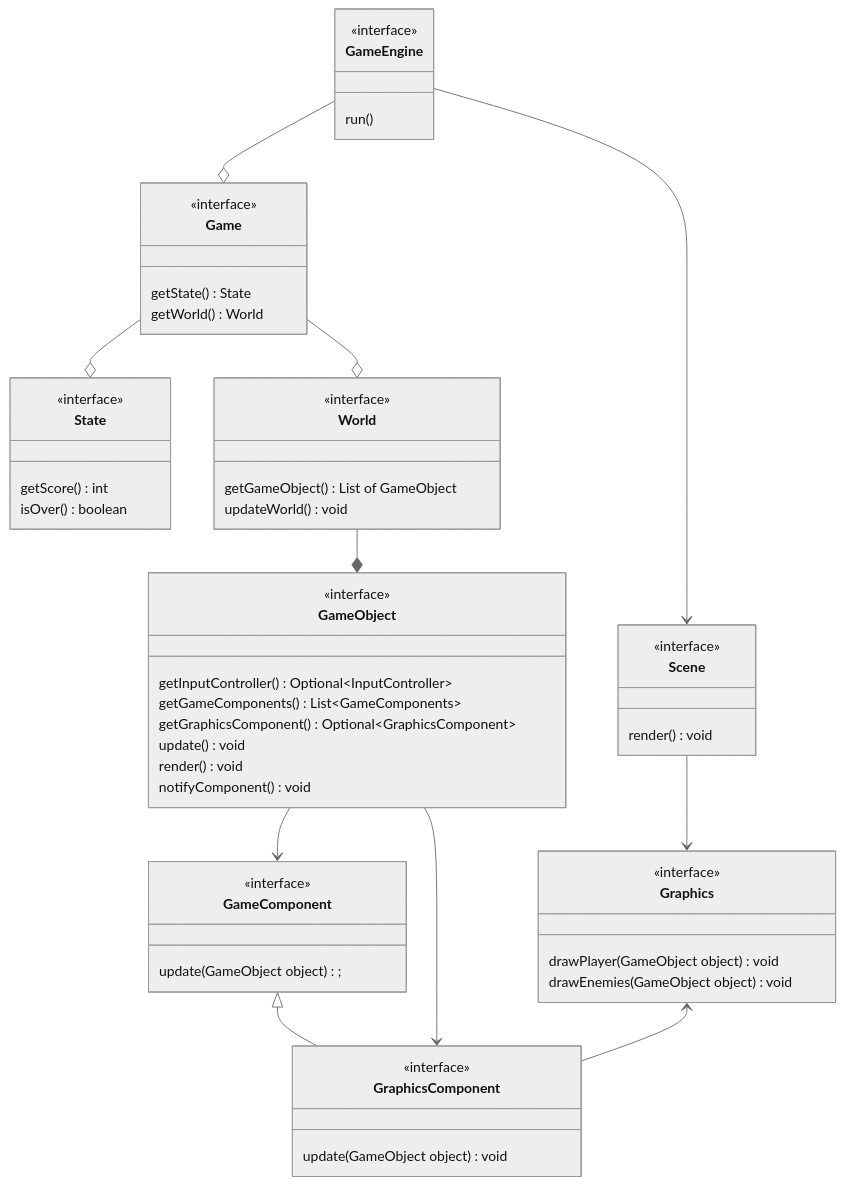
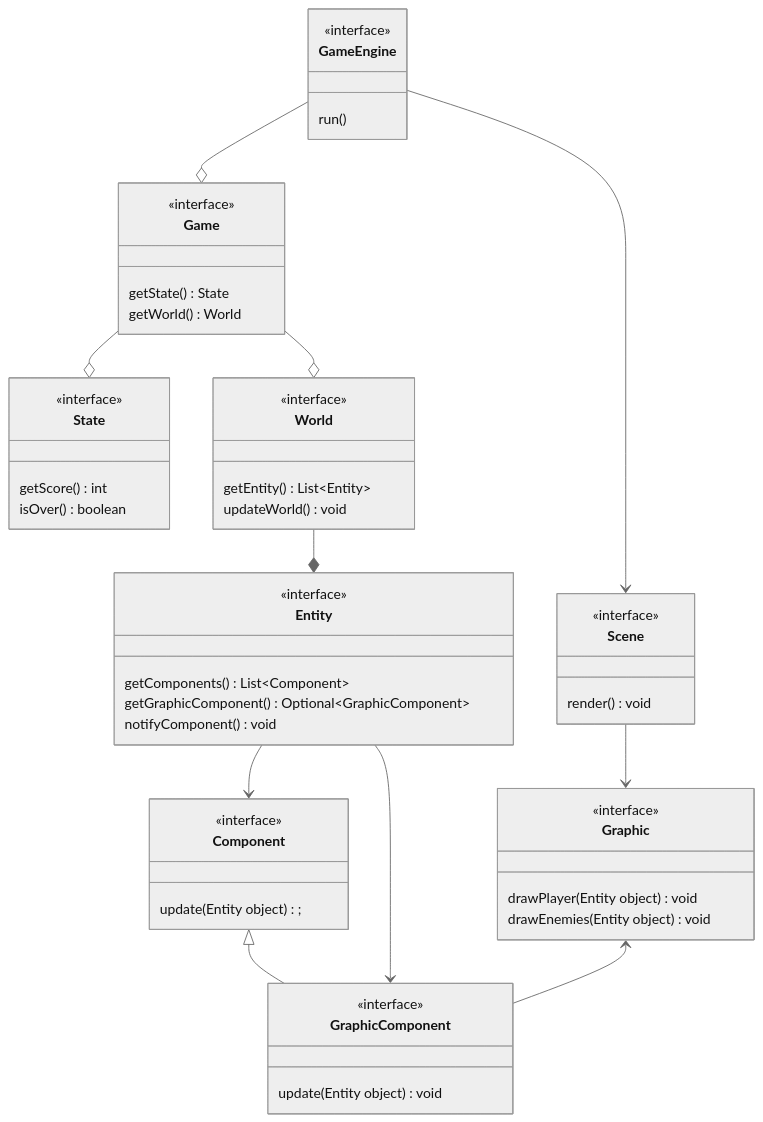
Before and after one commit to nicolodaddabbo/OOP22-t2s-game: the diagram in report/diagram/SoftwareArchtectureUML.md, drawn with Mermaid (neutral theme).

Commit message:
[REPORT] Modified diagram SoftwareArchitectureUML.md: changed names and deleted update from Entity

````diff
--- a/report/diagram/SoftwareArchtectureUML.md
+++ b/report/diagram/SoftwareArchtectureUML.md
@@ -1,76 +1,68 @@
 ```mermaid
 classDiagram
 
 GameEngine --o Game 
 GameEngine --> Scene
 Game --o  State
 Game --o World
-World --* GameObject
-GameObject --> GameComponent
-GameComponent <|-- GraphicsComponent
-Scene --> Graphics
-GraphicsComponent <-- GameObject
-Graphics <-- GraphicsComponent
+World --* Entity
+Entity --> Component
+Component <|-- GraphicComponent
+Scene --> Graphic
+GraphicComponent <-- Entity
+Graphic <-- GraphicComponent
 
 %% Rapresenting the MVC's "Model"
-%% Every thing in the model is a GameObject
-class GameObject{
+%% Every thing in the model is a Entity
+class Entity{
     <<interface>>
-    getInputController() Optional~InputController~
-    getGameComponents() List~GameComponents~
-    getGraphicsComponent() Optional~GraphicsComponent~
-    update() void
-    render() void
+    getComponents() List~Component~
+    getGraphicComponent() Optional~GraphicComponent~
     notifyComponent() void
-
 }
 %%
-class GameComponent{
+class Component{
     <<interface>>
-    update(GameObject object);
+    update(Entity object);
 }
 %%
-%%
-class GraphicsComponent{
+class GraphicComponent{
     <<interface>>
-    update(GameObject object) void
+    update(Entity object) void
 }
-%%
 %% Rapresenting the MVC's "Controller"
 class GameEngine{
     <<interface>>
     run() 
 }
 %% Rapresenting the current game of the player
 class Game{
     <<interface>>
     getState() State
     getWorld() World
 }
 %% State of a Game
 class State{
     <<interface>>
     getScore() int
     isOver() boolean
 }
-%% Basically a "Container" for all GameObjects
+%% Basically a "Container" for all Entitys
 class World{
     <<interface>>
-    getGameObject() List of GameObject
+    getEntity() List~Entity~
     updateWorld() void
 }
 %% Rapresenting the MVC's "View" 
 class Scene{
     <<interface>>
     render() void
 }
 %% 
-class Graphics{
+class Graphic{
     <<interface>>
-    drawPlayer(GameObject object) void
-    drawEnemies(GameObject object) void
+    drawPlayer(Entity object) void
+    drawEnemies(Entity object) void
 }
 %% 
-
-
 ```
````
